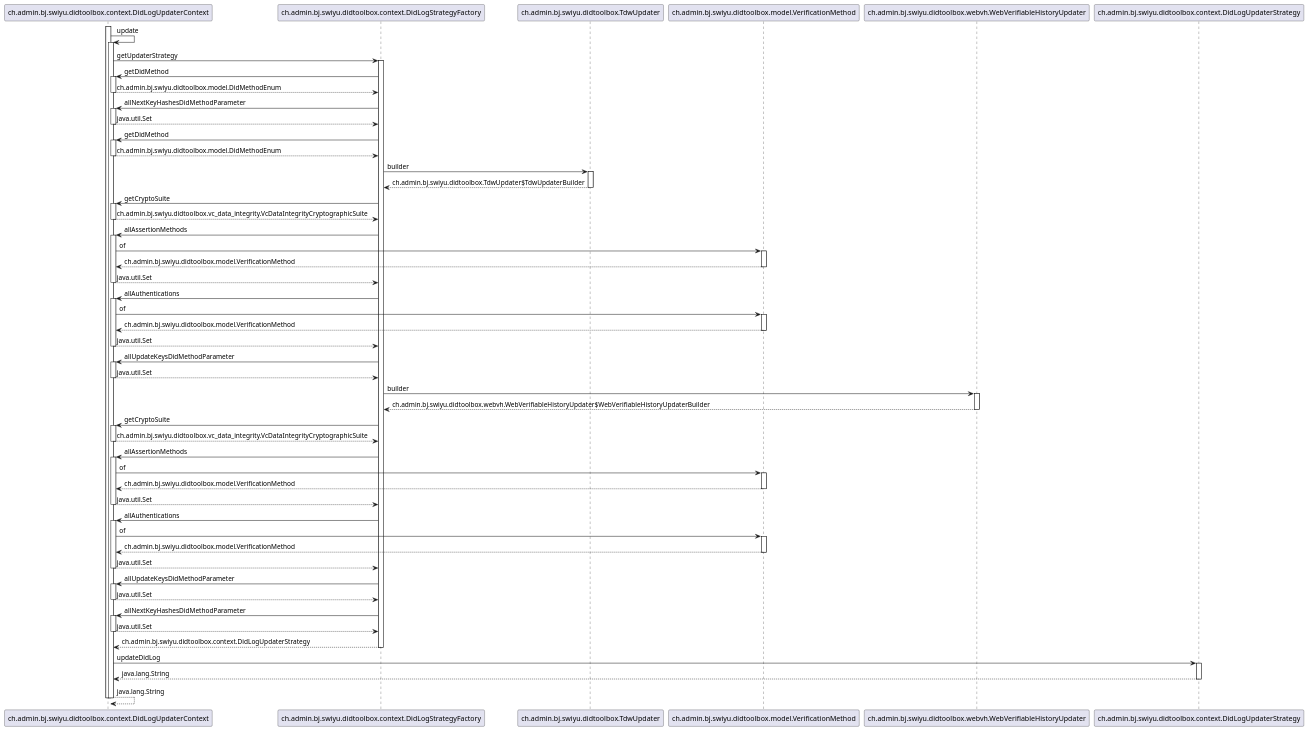
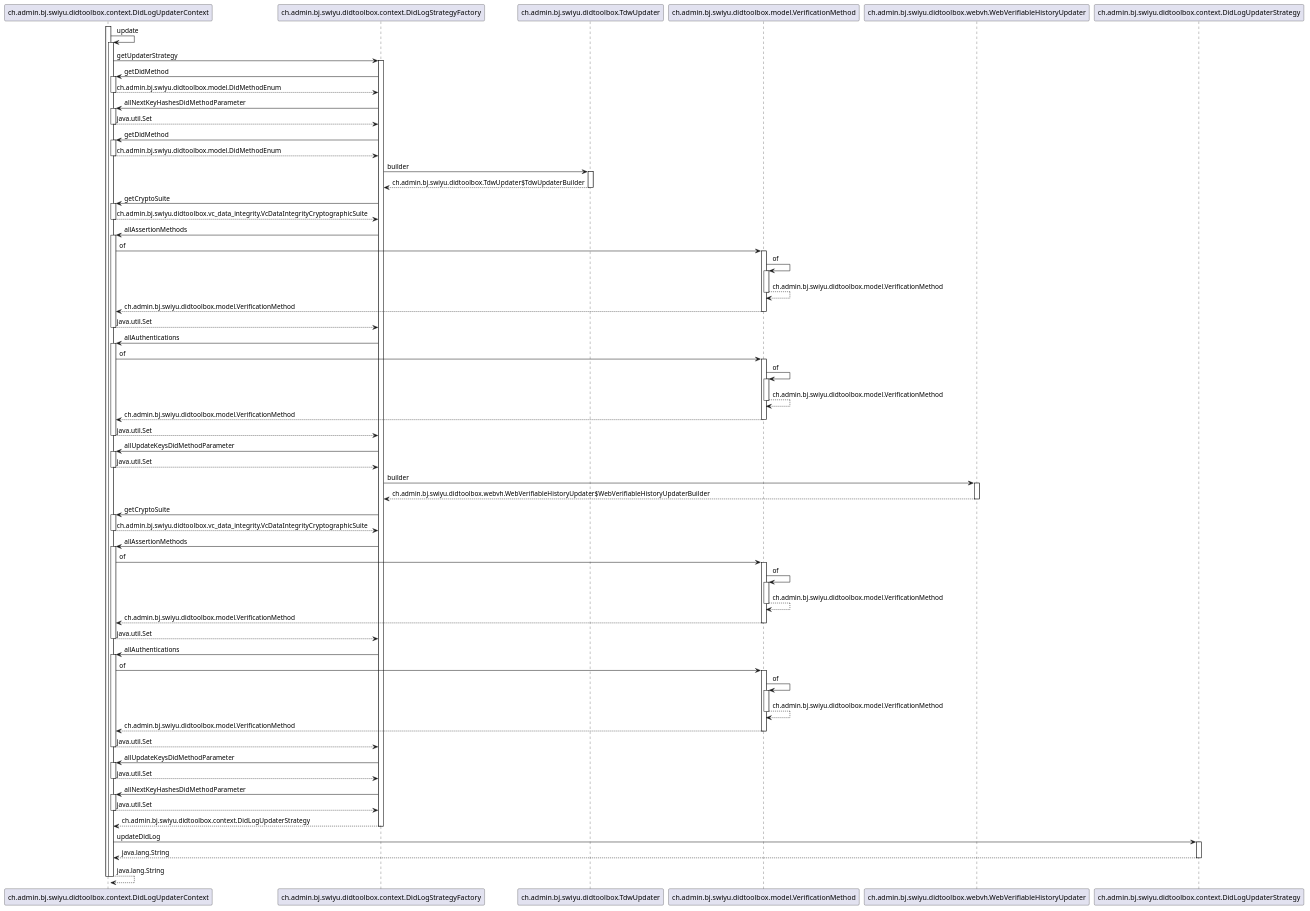
Before and after one commit to swiyu-admin-ch/didtoolbox-java: the diagram in src/main/plantuml/DidLogUpdaterContext-update.puml, drawn with PlantUML. The commit also changed 18 other files, not shown here.

```diff
--- a/src/main/plantuml/DidLogUpdaterContext-update.puml
+++ b/src/main/plantuml/DidLogUpdaterContext-update.puml
@@ -2,97 +2,113 @@
 @startuml
 
 participant ch.admin.bj.swiyu.didtoolbox.context.DidLogUpdaterContext
 participant ch.admin.bj.swiyu.didtoolbox.context.DidLogStrategyFactory
 participant ch.admin.bj.swiyu.didtoolbox.TdwUpdater
 participant ch.admin.bj.swiyu.didtoolbox.model.VerificationMethod
 participant ch.admin.bj.swiyu.didtoolbox.webvh.WebVerifiableHistoryUpdater
 participant ch.admin.bj.swiyu.didtoolbox.context.DidLogUpdaterStrategy
 
 activate ch.admin.bj.swiyu.didtoolbox.context.DidLogUpdaterContext
 	ch.admin.bj.swiyu.didtoolbox.context.DidLogUpdaterContext -> ch.admin.bj.swiyu.didtoolbox.context.DidLogUpdaterContext : update
 	activate ch.admin.bj.swiyu.didtoolbox.context.DidLogUpdaterContext
 		ch.admin.bj.swiyu.didtoolbox.context.DidLogUpdaterContext -> ch.admin.bj.swiyu.didtoolbox.context.DidLogStrategyFactory : getUpdaterStrategy
 		activate ch.admin.bj.swiyu.didtoolbox.context.DidLogStrategyFactory
 			ch.admin.bj.swiyu.didtoolbox.context.DidLogStrategyFactory -> ch.admin.bj.swiyu.didtoolbox.context.DidLogUpdaterContext : getDidMethod
 			activate ch.admin.bj.swiyu.didtoolbox.context.DidLogUpdaterContext
 				ch.admin.bj.swiyu.didtoolbox.context.DidLogUpdaterContext --> ch.admin.bj.swiyu.didtoolbox.context.DidLogStrategyFactory : ch.admin.bj.swiyu.didtoolbox.model.DidMethodEnum
 			deactivate ch.admin.bj.swiyu.didtoolbox.context.DidLogUpdaterContext
 			ch.admin.bj.swiyu.didtoolbox.context.DidLogStrategyFactory -> ch.admin.bj.swiyu.didtoolbox.context.DidLogUpdaterContext : allNextKeyHashesDidMethodParameter
 			activate ch.admin.bj.swiyu.didtoolbox.context.DidLogUpdaterContext
 				ch.admin.bj.swiyu.didtoolbox.context.DidLogUpdaterContext --> ch.admin.bj.swiyu.didtoolbox.context.DidLogStrategyFactory : java.util.Set
 			deactivate ch.admin.bj.swiyu.didtoolbox.context.DidLogUpdaterContext
 			ch.admin.bj.swiyu.didtoolbox.context.DidLogStrategyFactory -> ch.admin.bj.swiyu.didtoolbox.context.DidLogUpdaterContext : getDidMethod
 			activate ch.admin.bj.swiyu.didtoolbox.context.DidLogUpdaterContext
 				ch.admin.bj.swiyu.didtoolbox.context.DidLogUpdaterContext --> ch.admin.bj.swiyu.didtoolbox.context.DidLogStrategyFactory : ch.admin.bj.swiyu.didtoolbox.model.DidMethodEnum
 			deactivate ch.admin.bj.swiyu.didtoolbox.context.DidLogUpdaterContext
 			ch.admin.bj.swiyu.didtoolbox.context.DidLogStrategyFactory -> ch.admin.bj.swiyu.didtoolbox.TdwUpdater : builder
 			activate ch.admin.bj.swiyu.didtoolbox.TdwUpdater
 				ch.admin.bj.swiyu.didtoolbox.TdwUpdater --> ch.admin.bj.swiyu.didtoolbox.context.DidLogStrategyFactory : ch.admin.bj.swiyu.didtoolbox.TdwUpdater$TdwUpdaterBuilder
 			deactivate ch.admin.bj.swiyu.didtoolbox.TdwUpdater
 			ch.admin.bj.swiyu.didtoolbox.context.DidLogStrategyFactory -> ch.admin.bj.swiyu.didtoolbox.context.DidLogUpdaterContext : getCryptoSuite
 			activate ch.admin.bj.swiyu.didtoolbox.context.DidLogUpdaterContext
 				ch.admin.bj.swiyu.didtoolbox.context.DidLogUpdaterContext --> ch.admin.bj.swiyu.didtoolbox.context.DidLogStrategyFactory : ch.admin.bj.swiyu.didtoolbox.vc_data_integrity.VcDataIntegrityCryptographicSuite
 			deactivate ch.admin.bj.swiyu.didtoolbox.context.DidLogUpdaterContext
 			ch.admin.bj.swiyu.didtoolbox.context.DidLogStrategyFactory -> ch.admin.bj.swiyu.didtoolbox.context.DidLogUpdaterContext : allAssertionMethods
 			activate ch.admin.bj.swiyu.didtoolbox.context.DidLogUpdaterContext
 				ch.admin.bj.swiyu.didtoolbox.context.DidLogUpdaterContext -> ch.admin.bj.swiyu.didtoolbox.model.VerificationMethod : of
 				activate ch.admin.bj.swiyu.didtoolbox.model.VerificationMethod
+					ch.admin.bj.swiyu.didtoolbox.model.VerificationMethod -> ch.admin.bj.swiyu.didtoolbox.model.VerificationMethod : of
+					activate ch.admin.bj.swiyu.didtoolbox.model.VerificationMethod
+						ch.admin.bj.swiyu.didtoolbox.model.VerificationMethod --> ch.admin.bj.swiyu.didtoolbox.model.VerificationMethod : ch.admin.bj.swiyu.didtoolbox.model.VerificationMethod
+					deactivate ch.admin.bj.swiyu.didtoolbox.model.VerificationMethod
 					ch.admin.bj.swiyu.didtoolbox.model.VerificationMethod --> ch.admin.bj.swiyu.didtoolbox.context.DidLogUpdaterContext : ch.admin.bj.swiyu.didtoolbox.model.VerificationMethod
 				deactivate ch.admin.bj.swiyu.didtoolbox.model.VerificationMethod
 				ch.admin.bj.swiyu.didtoolbox.context.DidLogUpdaterContext --> ch.admin.bj.swiyu.didtoolbox.context.DidLogStrategyFactory : java.util.Set
 			deactivate ch.admin.bj.swiyu.didtoolbox.context.DidLogUpdaterContext
 			ch.admin.bj.swiyu.didtoolbox.context.DidLogStrategyFactory -> ch.admin.bj.swiyu.didtoolbox.context.DidLogUpdaterContext : allAuthentications
 			activate ch.admin.bj.swiyu.didtoolbox.context.DidLogUpdaterContext
 				ch.admin.bj.swiyu.didtoolbox.context.DidLogUpdaterContext -> ch.admin.bj.swiyu.didtoolbox.model.VerificationMethod : of
 				activate ch.admin.bj.swiyu.didtoolbox.model.VerificationMethod
+					ch.admin.bj.swiyu.didtoolbox.model.VerificationMethod -> ch.admin.bj.swiyu.didtoolbox.model.VerificationMethod : of
+					activate ch.admin.bj.swiyu.didtoolbox.model.VerificationMethod
+						ch.admin.bj.swiyu.didtoolbox.model.VerificationMethod --> ch.admin.bj.swiyu.didtoolbox.model.VerificationMethod : ch.admin.bj.swiyu.didtoolbox.model.VerificationMethod
+					deactivate ch.admin.bj.swiyu.didtoolbox.model.VerificationMethod
 					ch.admin.bj.swiyu.didtoolbox.model.VerificationMethod --> ch.admin.bj.swiyu.didtoolbox.context.DidLogUpdaterContext : ch.admin.bj.swiyu.didtoolbox.model.VerificationMethod
 				deactivate ch.admin.bj.swiyu.didtoolbox.model.VerificationMethod
 				ch.admin.bj.swiyu.didtoolbox.context.DidLogUpdaterContext --> ch.admin.bj.swiyu.didtoolbox.context.DidLogStrategyFactory : java.util.Set
 			deactivate ch.admin.bj.swiyu.didtoolbox.context.DidLogUpdaterContext
 			ch.admin.bj.swiyu.didtoolbox.context.DidLogStrategyFactory -> ch.admin.bj.swiyu.didtoolbox.context.DidLogUpdaterContext : allUpdateKeysDidMethodParameter
 			activate ch.admin.bj.swiyu.didtoolbox.context.DidLogUpdaterContext
 				ch.admin.bj.swiyu.didtoolbox.context.DidLogUpdaterContext --> ch.admin.bj.swiyu.didtoolbox.context.DidLogStrategyFactory : java.util.Set
 			deactivate ch.admin.bj.swiyu.didtoolbox.context.DidLogUpdaterContext
 			ch.admin.bj.swiyu.didtoolbox.context.DidLogStrategyFactory -> ch.admin.bj.swiyu.didtoolbox.webvh.WebVerifiableHistoryUpdater : builder
 			activate ch.admin.bj.swiyu.didtoolbox.webvh.WebVerifiableHistoryUpdater
 				ch.admin.bj.swiyu.didtoolbox.webvh.WebVerifiableHistoryUpdater --> ch.admin.bj.swiyu.didtoolbox.context.DidLogStrategyFactory : ch.admin.bj.swiyu.didtoolbox.webvh.WebVerifiableHistoryUpdater$WebVerifiableHistoryUpdaterBuilder
 			deactivate ch.admin.bj.swiyu.didtoolbox.webvh.WebVerifiableHistoryUpdater
 			ch.admin.bj.swiyu.didtoolbox.context.DidLogStrategyFactory -> ch.admin.bj.swiyu.didtoolbox.context.DidLogUpdaterContext : getCryptoSuite
 			activate ch.admin.bj.swiyu.didtoolbox.context.DidLogUpdaterContext
 				ch.admin.bj.swiyu.didtoolbox.context.DidLogUpdaterContext --> ch.admin.bj.swiyu.didtoolbox.context.DidLogStrategyFactory : ch.admin.bj.swiyu.didtoolbox.vc_data_integrity.VcDataIntegrityCryptographicSuite
 			deactivate ch.admin.bj.swiyu.didtoolbox.context.DidLogUpdaterContext
 			ch.admin.bj.swiyu.didtoolbox.context.DidLogStrategyFactory -> ch.admin.bj.swiyu.didtoolbox.context.DidLogUpdaterContext : allAssertionMethods
 			activate ch.admin.bj.swiyu.didtoolbox.context.DidLogUpdaterContext
 				ch.admin.bj.swiyu.didtoolbox.context.DidLogUpdaterContext -> ch.admin.bj.swiyu.didtoolbox.model.VerificationMethod : of
 				activate ch.admin.bj.swiyu.didtoolbox.model.VerificationMethod
+					ch.admin.bj.swiyu.didtoolbox.model.VerificationMethod -> ch.admin.bj.swiyu.didtoolbox.model.VerificationMethod : of
+					activate ch.admin.bj.swiyu.didtoolbox.model.VerificationMethod
+						ch.admin.bj.swiyu.didtoolbox.model.VerificationMethod --> ch.admin.bj.swiyu.didtoolbox.model.VerificationMethod : ch.admin.bj.swiyu.didtoolbox.model.VerificationMethod
+					deactivate ch.admin.bj.swiyu.didtoolbox.model.VerificationMethod
 					ch.admin.bj.swiyu.didtoolbox.model.VerificationMethod --> ch.admin.bj.swiyu.didtoolbox.context.DidLogUpdaterContext : ch.admin.bj.swiyu.didtoolbox.model.VerificationMethod
 				deactivate ch.admin.bj.swiyu.didtoolbox.model.VerificationMethod
 				ch.admin.bj.swiyu.didtoolbox.context.DidLogUpdaterContext --> ch.admin.bj.swiyu.didtoolbox.context.DidLogStrategyFactory : java.util.Set
 			deactivate ch.admin.bj.swiyu.didtoolbox.context.DidLogUpdaterContext
 			ch.admin.bj.swiyu.didtoolbox.context.DidLogStrategyFactory -> ch.admin.bj.swiyu.didtoolbox.context.DidLogUpdaterContext : allAuthentications
 			activate ch.admin.bj.swiyu.didtoolbox.context.DidLogUpdaterContext
 				ch.admin.bj.swiyu.didtoolbox.context.DidLogUpdaterContext -> ch.admin.bj.swiyu.didtoolbox.model.VerificationMethod : of
 				activate ch.admin.bj.swiyu.didtoolbox.model.VerificationMethod
+					ch.admin.bj.swiyu.didtoolbox.model.VerificationMethod -> ch.admin.bj.swiyu.didtoolbox.model.VerificationMethod : of
+					activate ch.admin.bj.swiyu.didtoolbox.model.VerificationMethod
+						ch.admin.bj.swiyu.didtoolbox.model.VerificationMethod --> ch.admin.bj.swiyu.didtoolbox.model.VerificationMethod : ch.admin.bj.swiyu.didtoolbox.model.VerificationMethod
+					deactivate ch.admin.bj.swiyu.didtoolbox.model.VerificationMethod
 					ch.admin.bj.swiyu.didtoolbox.model.VerificationMethod --> ch.admin.bj.swiyu.didtoolbox.context.DidLogUpdaterContext : ch.admin.bj.swiyu.didtoolbox.model.VerificationMethod
 				deactivate ch.admin.bj.swiyu.didtoolbox.model.VerificationMethod
 				ch.admin.bj.swiyu.didtoolbox.context.DidLogUpdaterContext --> ch.admin.bj.swiyu.didtoolbox.context.DidLogStrategyFactory : java.util.Set
 			deactivate ch.admin.bj.swiyu.didtoolbox.context.DidLogUpdaterContext
 			ch.admin.bj.swiyu.didtoolbox.context.DidLogStrategyFactory -> ch.admin.bj.swiyu.didtoolbox.context.DidLogUpdaterContext : allUpdateKeysDidMethodParameter
 			activate ch.admin.bj.swiyu.didtoolbox.context.DidLogUpdaterContext
 				ch.admin.bj.swiyu.didtoolbox.context.DidLogUpdaterContext --> ch.admin.bj.swiyu.didtoolbox.context.DidLogStrategyFactory : java.util.Set
 			deactivate ch.admin.bj.swiyu.didtoolbox.context.DidLogUpdaterContext
 			ch.admin.bj.swiyu.didtoolbox.context.DidLogStrategyFactory -> ch.admin.bj.swiyu.didtoolbox.context.DidLogUpdaterContext : allNextKeyHashesDidMethodParameter
 			activate ch.admin.bj.swiyu.didtoolbox.context.DidLogUpdaterContext
 				ch.admin.bj.swiyu.didtoolbox.context.DidLogUpdaterContext --> ch.admin.bj.swiyu.didtoolbox.context.DidLogStrategyFactory : java.util.Set
 			deactivate ch.admin.bj.swiyu.didtoolbox.context.DidLogUpdaterContext
 			ch.admin.bj.swiyu.didtoolbox.context.DidLogStrategyFactory --> ch.admin.bj.swiyu.didtoolbox.context.DidLogUpdaterContext : ch.admin.bj.swiyu.didtoolbox.context.DidLogUpdaterStrategy
 		deactivate ch.admin.bj.swiyu.didtoolbox.context.DidLogStrategyFactory
 		ch.admin.bj.swiyu.didtoolbox.context.DidLogUpdaterContext -> ch.admin.bj.swiyu.didtoolbox.context.DidLogUpdaterStrategy : updateDidLog
 		activate ch.admin.bj.swiyu.didtoolbox.context.DidLogUpdaterStrategy
 			ch.admin.bj.swiyu.didtoolbox.context.DidLogUpdaterStrategy --> ch.admin.bj.swiyu.didtoolbox.context.DidLogUpdaterContext : java.lang.String
 		deactivate ch.admin.bj.swiyu.didtoolbox.context.DidLogUpdaterStrategy
 		ch.admin.bj.swiyu.didtoolbox.context.DidLogUpdaterContext --> ch.admin.bj.swiyu.didtoolbox.context.DidLogUpdaterContext : java.lang.String
 	deactivate ch.admin.bj.swiyu.didtoolbox.context.DidLogUpdaterContext
 deactivate ch.admin.bj.swiyu.didtoolbox.context.DidLogUpdaterContext
 
 @enduml
```
